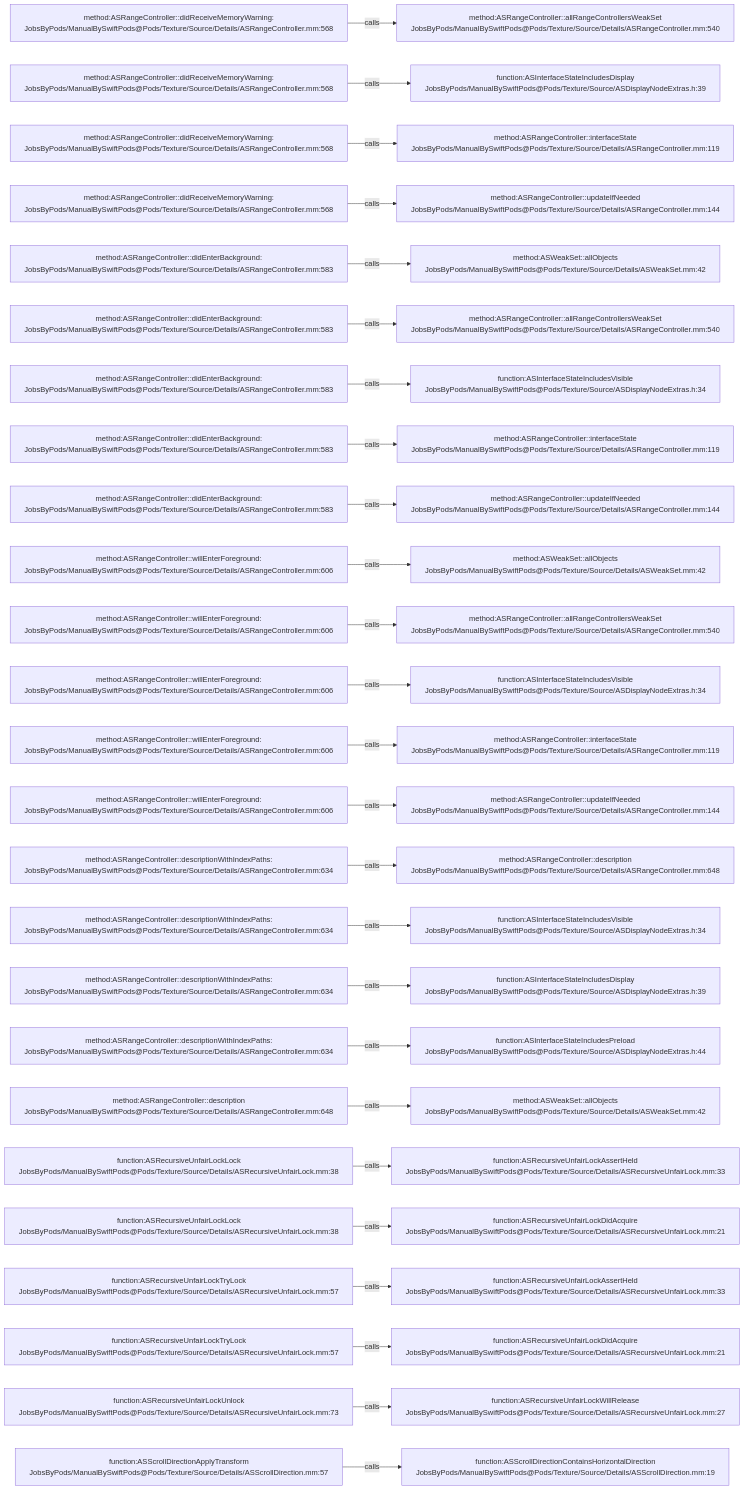
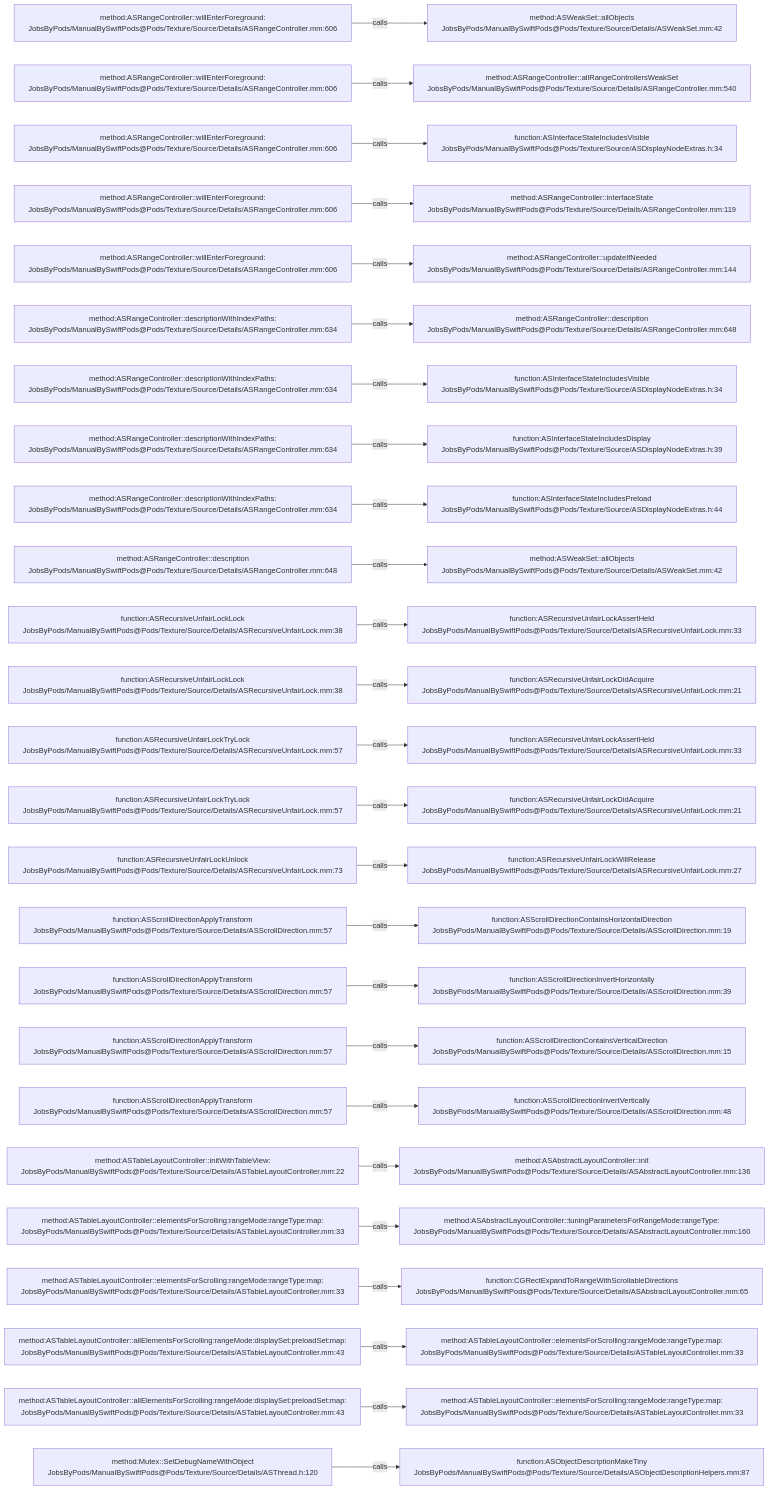
The diagram in .codegraph/codegraph.md/graphs/calls-095.md (JobsKits/JobsSwiftBaseConfigDemo), drawn with Mermaid before and after one commit. The commit also changed 707 other files, not shown here.

````diff
--- a/.codegraph/codegraph.md/graphs/calls-095.md
+++ b/.codegraph/codegraph.md/graphs/calls-095.md
@@ -13,78 +13,78 @@
 ```mermaid
 flowchart LR
-  S1["method:ASRangeController::didReceiveMemoryWarning:<br/>JobsByPods/ManualBySwiftPods@Pods/Texture/Source/Details/ASRangeController.mm:568"]
-  T1["method:ASRangeController::allRangeControllersWeakSet<br/>JobsByPods/ManualBySwiftPods@Pods/Texture/Source/Details/ASRangeController.mm:540"]
+  S1["method:ASRangeController::willEnterForeground:<br/>JobsByPods/ManualBySwiftPods@Pods/Texture/Source/Details/ASRangeController.mm:606"]
+  T1["method:ASWeakSet::allObjects<br/>JobsByPods/ManualBySwiftPods@Pods/Texture/Source/Details/ASWeakSet.mm:42"]
   S1 -->|calls| T1
-  S2["method:ASRangeController::didReceiveMemoryWarning:<br/>JobsByPods/ManualBySwiftPods@Pods/Texture/Source/Details/ASRangeController.mm:568"]
-  T2["function:ASInterfaceStateIncludesDisplay<br/>JobsByPods/ManualBySwiftPods@Pods/Texture/Source/ASDisplayNodeExtras.h:39"]
+  S2["method:ASRangeController::willEnterForeground:<br/>JobsByPods/ManualBySwiftPods@Pods/Texture/Source/Details/ASRangeController.mm:606"]
+  T2["method:ASRangeController::allRangeControllersWeakSet<br/>JobsByPods/ManualBySwiftPods@Pods/Texture/Source/Details/ASRangeController.mm:540"]
   S2 -->|calls| T2
-  S3["method:ASRangeController::didReceiveMemoryWarning:<br/>JobsByPods/ManualBySwiftPods@Pods/Texture/Source/Details/ASRangeController.mm:568"]
-  T3["method:ASRangeController::interfaceState<br/>JobsByPods/ManualBySwiftPods@Pods/Texture/Source/Details/ASRangeController.mm:119"]
+  S3["method:ASRangeController::willEnterForeground:<br/>JobsByPods/ManualBySwiftPods@Pods/Texture/Source/Details/ASRangeController.mm:606"]
+  T3["function:ASInterfaceStateIncludesVisible<br/>JobsByPods/ManualBySwiftPods@Pods/Texture/Source/ASDisplayNodeExtras.h:34"]
   S3 -->|calls| T3
-  S4["method:ASRangeController::didReceiveMemoryWarning:<br/>JobsByPods/ManualBySwiftPods@Pods/Texture/Source/Details/ASRangeController.mm:568"]
-  T4["method:ASRangeController::updateIfNeeded<br/>JobsByPods/ManualBySwiftPods@Pods/Texture/Source/Details/ASRangeController.mm:144"]
+  S4["method:ASRangeController::willEnterForeground:<br/>JobsByPods/ManualBySwiftPods@Pods/Texture/Source/Details/ASRangeController.mm:606"]
+  T4["method:ASRangeController::interfaceState<br/>JobsByPods/ManualBySwiftPods@Pods/Texture/Source/Details/ASRangeController.mm:119"]
   S4 -->|calls| T4
-  S5["method:ASRangeController::didEnterBackground:<br/>JobsByPods/ManualBySwiftPods@Pods/Texture/Source/Details/ASRangeController.mm:583"]
-  T5["method:ASWeakSet::allObjects<br/>JobsByPods/ManualBySwiftPods@Pods/Texture/Source/Details/ASWeakSet.mm:42"]
+  S5["method:ASRangeController::willEnterForeground:<br/>JobsByPods/ManualBySwiftPods@Pods/Texture/Source/Details/ASRangeController.mm:606"]
+  T5["method:ASRangeController::updateIfNeeded<br/>JobsByPods/ManualBySwiftPods@Pods/Texture/Source/Details/ASRangeController.mm:144"]
   S5 -->|calls| T5
-  S6["method:ASRangeController::didEnterBackground:<br/>JobsByPods/ManualBySwiftPods@Pods/Texture/Source/Details/ASRangeController.mm:583"]
-  T6["method:ASRangeController::allRangeControllersWeakSet<br/>JobsByPods/ManualBySwiftPods@Pods/Texture/Source/Details/ASRangeController.mm:540"]
+  S6["method:ASRangeController::descriptionWithIndexPaths:<br/>JobsByPods/ManualBySwiftPods@Pods/Texture/Source/Details/ASRangeController.mm:634"]
+  T6["method:ASRangeController::description<br/>JobsByPods/ManualBySwiftPods@Pods/Texture/Source/Details/ASRangeController.mm:648"]
   S6 -->|calls| T6
-  S7["method:ASRangeController::didEnterBackground:<br/>JobsByPods/ManualBySwiftPods@Pods/Texture/Source/Details/ASRangeController.mm:583"]
+  S7["method:ASRangeController::descriptionWithIndexPaths:<br/>JobsByPods/ManualBySwiftPods@Pods/Texture/Source/Details/ASRangeController.mm:634"]
   T7["function:ASInterfaceStateIncludesVisible<br/>JobsByPods/ManualBySwiftPods@Pods/Texture/Source/ASDisplayNodeExtras.h:34"]
   S7 -->|calls| T7
-  S8["method:ASRangeController::didEnterBackground:<br/>JobsByPods/ManualBySwiftPods@Pods/Texture/Source/Details/ASRangeController.mm:583"]
-  T8["method:ASRangeController::interfaceState<br/>JobsByPods/ManualBySwiftPods@Pods/Texture/Source/Details/ASRangeController.mm:119"]
+  S8["method:ASRangeController::descriptionWithIndexPaths:<br/>JobsByPods/ManualBySwiftPods@Pods/Texture/Source/Details/ASRangeController.mm:634"]
+  T8["function:ASInterfaceStateIncludesDisplay<br/>JobsByPods/ManualBySwiftPods@Pods/Texture/Source/ASDisplayNodeExtras.h:39"]
   S8 -->|calls| T8
-  S9["method:ASRangeController::didEnterBackground:<br/>JobsByPods/ManualBySwiftPods@Pods/Texture/Source/Details/ASRangeController.mm:583"]
-  T9["method:ASRangeController::updateIfNeeded<br/>JobsByPods/ManualBySwiftPods@Pods/Texture/Source/Details/ASRangeController.mm:144"]
+  S9["method:ASRangeController::descriptionWithIndexPaths:<br/>JobsByPods/ManualBySwiftPods@Pods/Texture/Source/Details/ASRangeController.mm:634"]
+  T9["function:ASInterfaceStateIncludesPreload<br/>JobsByPods/ManualBySwiftPods@Pods/Texture/Source/ASDisplayNodeExtras.h:44"]
   S9 -->|calls| T9
-  S10["method:ASRangeController::willEnterForeground:<br/>JobsByPods/ManualBySwiftPods@Pods/Texture/Source/Details/ASRangeController.mm:606"]
+  S10["method:ASRangeController::description<br/>JobsByPods/ManualBySwiftPods@Pods/Texture/Source/Details/ASRangeController.mm:648"]
   T10["method:ASWeakSet::allObjects<br/>JobsByPods/ManualBySwiftPods@Pods/Texture/Source/Details/ASWeakSet.mm:42"]
   S10 -->|calls| T10
-  S11["method:ASRangeController::willEnterForeground:<br/>JobsByPods/ManualBySwiftPods@Pods/Texture/Source/Details/ASRangeController.mm:606"]
-  T11["method:ASRangeController::allRangeControllersWeakSet<br/>JobsByPods/ManualBySwiftPods@Pods/Texture/Source/Details/ASRangeController.mm:540"]
+  S11["function:ASRecursiveUnfairLockLock<br/>JobsByPods/ManualBySwiftPods@Pods/Texture/Source/Details/ASRecursiveUnfairLock.mm:38"]
+  T11["function:ASRecursiveUnfairLockAssertHeld<br/>JobsByPods/ManualBySwiftPods@Pods/Texture/Source/Details/ASRecursiveUnfairLock.mm:33"]
   S11 -->|calls| T11
-  S12["method:ASRangeController::willEnterForeground:<br/>JobsByPods/ManualBySwiftPods@Pods/Texture/Source/Details/ASRangeController.mm:606"]
-  T12["function:ASInterfaceStateIncludesVisible<br/>JobsByPods/ManualBySwiftPods@Pods/Texture/Source/ASDisplayNodeExtras.h:34"]
+  S12["function:ASRecursiveUnfairLockLock<br/>JobsByPods/ManualBySwiftPods@Pods/Texture/Source/Details/ASRecursiveUnfairLock.mm:38"]
+  T12["function:ASRecursiveUnfairLockDidAcquire<br/>JobsByPods/ManualBySwiftPods@Pods/Texture/Source/Details/ASRecursiveUnfairLock.mm:21"]
   S12 -->|calls| T12
-  S13["method:ASRangeController::willEnterForeground:<br/>JobsByPods/ManualBySwiftPods@Pods/Texture/Source/Details/ASRangeController.mm:606"]
-  T13["method:ASRangeController::interfaceState<br/>JobsByPods/ManualBySwiftPods@Pods/Texture/Source/Details/ASRangeController.mm:119"]
+  S13["function:ASRecursiveUnfairLockTryLock<br/>JobsByPods/ManualBySwiftPods@Pods/Texture/Source/Details/ASRecursiveUnfairLock.mm:57"]
+  T13["function:ASRecursiveUnfairLockAssertHeld<br/>JobsByPods/ManualBySwiftPods@Pods/Texture/Source/Details/ASRecursiveUnfairLock.mm:33"]
   S13 -->|calls| T13
-  S14["method:ASRangeController::willEnterForeground:<br/>JobsByPods/ManualBySwiftPods@Pods/Texture/Source/Details/ASRangeController.mm:606"]
-  T14["method:ASRangeController::updateIfNeeded<br/>JobsByPods/ManualBySwiftPods@Pods/Texture/Source/Details/ASRangeController.mm:144"]
+  S14["function:ASRecursiveUnfairLockTryLock<br/>JobsByPods/ManualBySwiftPods@Pods/Texture/Source/Details/ASRecursiveUnfairLock.mm:57"]
+  T14["function:ASRecursiveUnfairLockDidAcquire<br/>JobsByPods/ManualBySwiftPods@Pods/Texture/Source/Details/ASRecursiveUnfairLock.mm:21"]
   S14 -->|calls| T14
-  S15["method:ASRangeController::descriptionWithIndexPaths:<br/>JobsByPods/ManualBySwiftPods@Pods/Texture/Source/Details/ASRangeController.mm:634"]
-  T15["method:ASRangeController::description<br/>JobsByPods/ManualBySwiftPods@Pods/Texture/Source/Details/ASRangeController.mm:648"]
+  S15["function:ASRecursiveUnfairLockUnlock<br/>JobsByPods/ManualBySwiftPods@Pods/Texture/Source/Details/ASRecursiveUnfairLock.mm:73"]
+  T15["function:ASRecursiveUnfairLockWillRelease<br/>JobsByPods/ManualBySwiftPods@Pods/Texture/Source/Details/ASRecursiveUnfairLock.mm:27"]
   S15 -->|calls| T15
-  S16["method:ASRangeController::descriptionWithIndexPaths:<br/>JobsByPods/ManualBySwiftPods@Pods/Texture/Source/Details/ASRangeController.mm:634"]
-  T16["function:ASInterfaceStateIncludesVisible<br/>JobsByPods/ManualBySwiftPods@Pods/Texture/Source/ASDisplayNodeExtras.h:34"]
+  S16["function:ASScrollDirectionApplyTransform<br/>JobsByPods/ManualBySwiftPods@Pods/Texture/Source/Details/ASScrollDirection.mm:57"]
+  T16["function:ASScrollDirectionContainsHorizontalDirection<br/>JobsByPods/ManualBySwiftPods@Pods/Texture/Source/Details/ASScrollDirection.mm:19"]
   S16 -->|calls| T16
-  S17["method:ASRangeController::descriptionWithIndexPaths:<br/>JobsByPods/ManualBySwiftPods@Pods/Texture/Source/Details/ASRangeController.mm:634"]
-  T17["function:ASInterfaceStateIncludesDisplay<br/>JobsByPods/ManualBySwiftPods@Pods/Texture/Source/ASDisplayNodeExtras.h:39"]
+  S17["function:ASScrollDirectionApplyTransform<br/>JobsByPods/ManualBySwiftPods@Pods/Texture/Source/Details/ASScrollDirection.mm:57"]
+  T17["function:ASScrollDirectionInvertHorizontally<br/>JobsByPods/ManualBySwiftPods@Pods/Texture/Source/Details/ASScrollDirection.mm:39"]
   S17 -->|calls| T17
-  S18["method:ASRangeController::descriptionWithIndexPaths:<br/>JobsByPods/ManualBySwiftPods@Pods/Texture/Source/Details/ASRangeController.mm:634"]
-  T18["function:ASInterfaceStateIncludesPreload<br/>JobsByPods/ManualBySwiftPods@Pods/Texture/Source/ASDisplayNodeExtras.h:44"]
+  S18["function:ASScrollDirectionApplyTransform<br/>JobsByPods/ManualBySwiftPods@Pods/Texture/Source/Details/ASScrollDirection.mm:57"]
+  T18["function:ASScrollDirectionContainsVerticalDirection<br/>JobsByPods/ManualBySwiftPods@Pods/Texture/Source/Details/ASScrollDirection.mm:15"]
   S18 -->|calls| T18
-  S19["method:ASRangeController::description<br/>JobsByPods/ManualBySwiftPods@Pods/Texture/Source/Details/ASRangeController.mm:648"]
-  T19["method:ASWeakSet::allObjects<br/>JobsByPods/ManualBySwiftPods@Pods/Texture/Source/Details/ASWeakSet.mm:42"]
+  S19["function:ASScrollDirectionApplyTransform<br/>JobsByPods/ManualBySwiftPods@Pods/Texture/Source/Details/ASScrollDirection.mm:57"]
+  T19["function:ASScrollDirectionInvertVertically<br/>JobsByPods/ManualBySwiftPods@Pods/Texture/Source/Details/ASScrollDirection.mm:48"]
   S19 -->|calls| T19
-  S20["function:ASRecursiveUnfairLockLock<br/>JobsByPods/ManualBySwiftPods@Pods/Texture/Source/Details/ASRecursiveUnfairLock.mm:38"]
-  T20["function:ASRecursiveUnfairLockAssertHeld<br/>JobsByPods/ManualBySwiftPods@Pods/Texture/Source/Details/ASRecursiveUnfairLock.mm:33"]
+  S20["method:ASTableLayoutController::initWithTableView:<br/>JobsByPods/ManualBySwiftPods@Pods/Texture/Source/Details/ASTableLayoutController.mm:22"]
+  T20["method:ASAbstractLayoutController::init<br/>JobsByPods/ManualBySwiftPods@Pods/Texture/Source/Details/ASAbstractLayoutController.mm:136"]
   S20 -->|calls| T20
-  S21["function:ASRecursiveUnfairLockLock<br/>JobsByPods/ManualBySwiftPods@Pods/Texture/Source/Details/ASRecursiveUnfairLock.mm:38"]
-  T21["function:ASRecursiveUnfairLockDidAcquire<br/>JobsByPods/ManualBySwiftPods@Pods/Texture/Source/Details/ASRecursiveUnfairLock.mm:21"]
+  S21["method:ASTableLayoutController::elementsForScrolling:rangeMode:rangeType:map:<br/>JobsByPods/ManualBySwiftPods@Pods/Texture/Source/Details/ASTableLayoutController.mm:33"]
+  T21["method:ASAbstractLayoutController::tuningParametersForRangeMode:rangeType:<br/>JobsByPods/ManualBySwiftPods@Pods/Texture/Source/Details/ASAbstractLayoutController.mm:160"]
   S21 -->|calls| T21
-  S22["function:ASRecursiveUnfairLockTryLock<br/>JobsByPods/ManualBySwiftPods@Pods/Texture/Source/Details/ASRecursiveUnfairLock.mm:57"]
-  T22["function:ASRecursiveUnfairLockAssertHeld<br/>JobsByPods/ManualBySwiftPods@Pods/Texture/Source/Details/ASRecursiveUnfairLock.mm:33"]
+  S22["method:ASTableLayoutController::elementsForScrolling:rangeMode:rangeType:map:<br/>JobsByPods/ManualBySwiftPods@Pods/Texture/Source/Details/ASTableLayoutController.mm:33"]
+  T22["function:CGRectExpandToRangeWithScrollableDirections<br/>JobsByPods/ManualBySwiftPods@Pods/Texture/Source/Details/ASAbstractLayoutController.mm:65"]
   S22 -->|calls| T22
-  S23["function:ASRecursiveUnfairLockTryLock<br/>JobsByPods/ManualBySwiftPods@Pods/Texture/Source/Details/ASRecursiveUnfairLock.mm:57"]
-  T23["function:ASRecursiveUnfairLockDidAcquire<br/>JobsByPods/ManualBySwiftPods@Pods/Texture/Source/Details/ASRecursiveUnfairLock.mm:21"]
+  S23["method:ASTableLayoutController::allElementsForScrolling:rangeMode:displaySet:preloadSet:map:<br/>JobsByPods/ManualBySwiftPods@Pods/Texture/Source/Details/ASTableLayoutController.mm:43"]
+  T23["method:ASTableLayoutController::elementsForScrolling:rangeMode:rangeType:map:<br/>JobsByPods/ManualBySwiftPods@Pods/Texture/Source/Details/ASTableLayoutController.mm:33"]
   S23 -->|calls| T23
-  S24["function:ASRecursiveUnfairLockUnlock<br/>JobsByPods/ManualBySwiftPods@Pods/Texture/Source/Details/ASRecursiveUnfairLock.mm:73"]
-  T24["function:ASRecursiveUnfairLockWillRelease<br/>JobsByPods/ManualBySwiftPods@Pods/Texture/Source/Details/ASRecursiveUnfairLock.mm:27"]
+  S24["method:ASTableLayoutController::allElementsForScrolling:rangeMode:displaySet:preloadSet:map:<br/>JobsByPods/ManualBySwiftPods@Pods/Texture/Source/Details/ASTableLayoutController.mm:43"]
+  T24["method:ASTableLayoutController::elementsForScrolling:rangeMode:rangeType:map:<br/>JobsByPods/ManualBySwiftPods@Pods/Texture/Source/Details/ASTableLayoutController.mm:33"]
   S24 -->|calls| T24
-  S25["function:ASScrollDirectionApplyTransform<br/>JobsByPods/ManualBySwiftPods@Pods/Texture/Source/Details/ASScrollDirection.mm:57"]
-  T25["function:ASScrollDirectionContainsHorizontalDirection<br/>JobsByPods/ManualBySwiftPods@Pods/Texture/Source/Details/ASScrollDirection.mm:19"]
+  S25["method:Mutex::SetDebugNameWithObject<br/>JobsByPods/ManualBySwiftPods@Pods/Texture/Source/Details/ASThread.h:120"]
+  T25["function:ASObjectDescriptionMakeTiny<br/>JobsByPods/ManualBySwiftPods@Pods/Texture/Source/Details/ASObjectDescriptionHelpers.mm:87"]
   S25 -->|calls| T25
 ```
````
